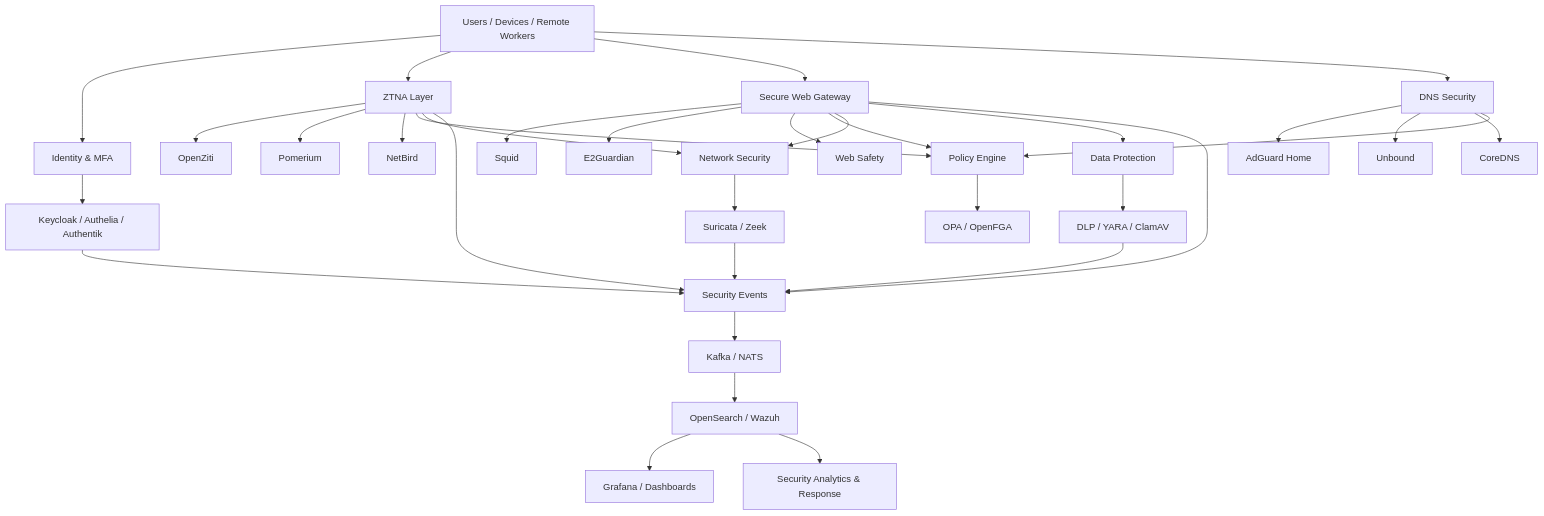
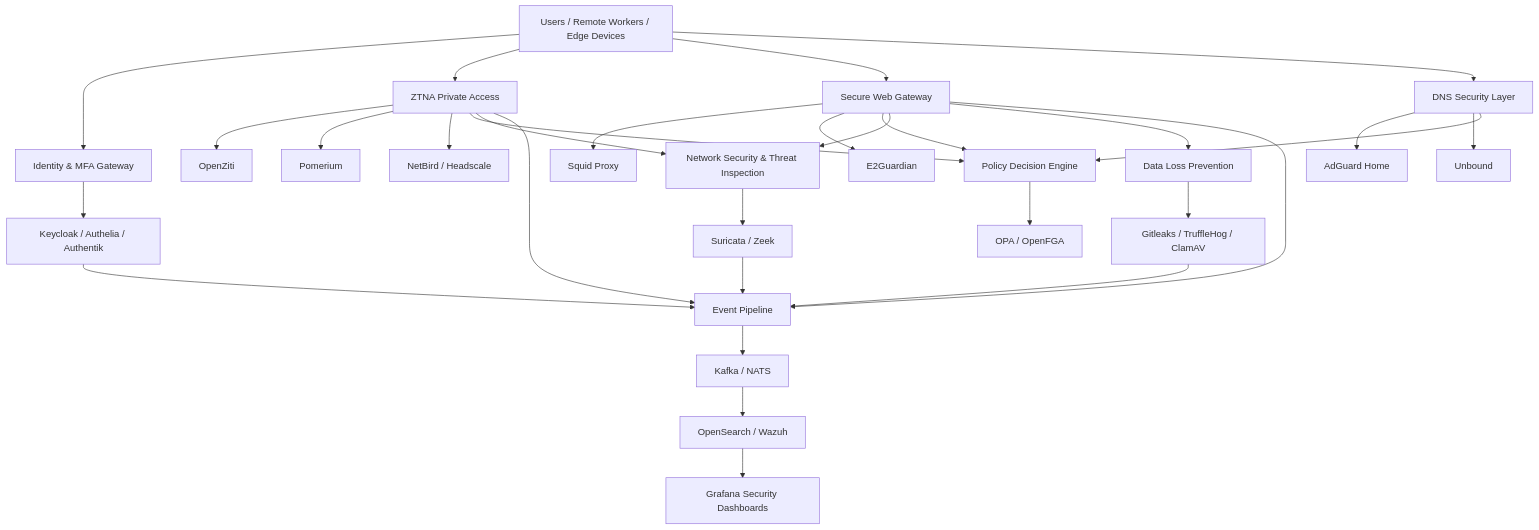
Before and after one commit to ishandutta2007/Awesome-Secure-Service-Edge: the diagram in README.md, drawn with Mermaid. The commit also changed other lines of this file and 2 other files, not shown here.

````diff
--- a/README.md
+++ b/README.md
@@ -460,46 +253,42 @@
 ```mermaid
 flowchart TB
-    U[Users / Devices / Remote Workers]
+    U[Users / Remote Workers / Edge Devices]
 
-    U --> I[Identity & MFA]
+    U --> I[Identity & MFA Gateway]
     I --> K[Keycloak / Authelia / Authentik]
 
-    U --> Z[ZTNA Layer]
+    U --> Z[ZTNA Private Access]
     Z --> Z1[OpenZiti]
     Z --> Z2[Pomerium]
-    Z --> Z3[NetBird]
+    Z --> Z3[NetBird / Headscale]
 
     U --> W[Secure Web Gateway]
-    W --> W1[Squid]
+    W --> W1[Squid Proxy]
     W --> W2[E2Guardian]
-    W --> W3[Web Safety]
 
-    U --> D[DNS Security]
+    U --> D[DNS Security Layer]
     D --> D1[AdGuard Home]
     D --> D2[Unbound]
-    D --> D3[CoreDNS]
 
-    W --> P[Policy Engine]
+    W --> P[Policy Decision Engine]
     Z --> P
     D --> P
     P --> OPA[OPA / OpenFGA]
 
-    W --> IDS[Network Security]
+    W --> IDS[Network Security & Threat Inspection]
     Z --> IDS
     IDS --> S[Suricata / Zeek]
 
-    W --> DL[Data Protection]
-    DL --> DLP[DLP / YARA / ClamAV]
+    W --> DL[Data Loss Prevention]
+    DL --> DLP[Gitleaks / TruffleHog / ClamAV]
 
-    S --> E[Security Events]
+    S --> E[Event Pipeline]
     DLP --> E
     K --> E
     W --> E
     Z --> E
 
     E --> Q[Kafka / NATS]
     Q --> SIEM[OpenSearch / Wazuh]
-    SIEM --> G[Grafana / Dashboards]
-
-    SIEM --> A[Security Analytics & Response]
+    SIEM --> G[Grafana Security Dashboards]
 ```
````
